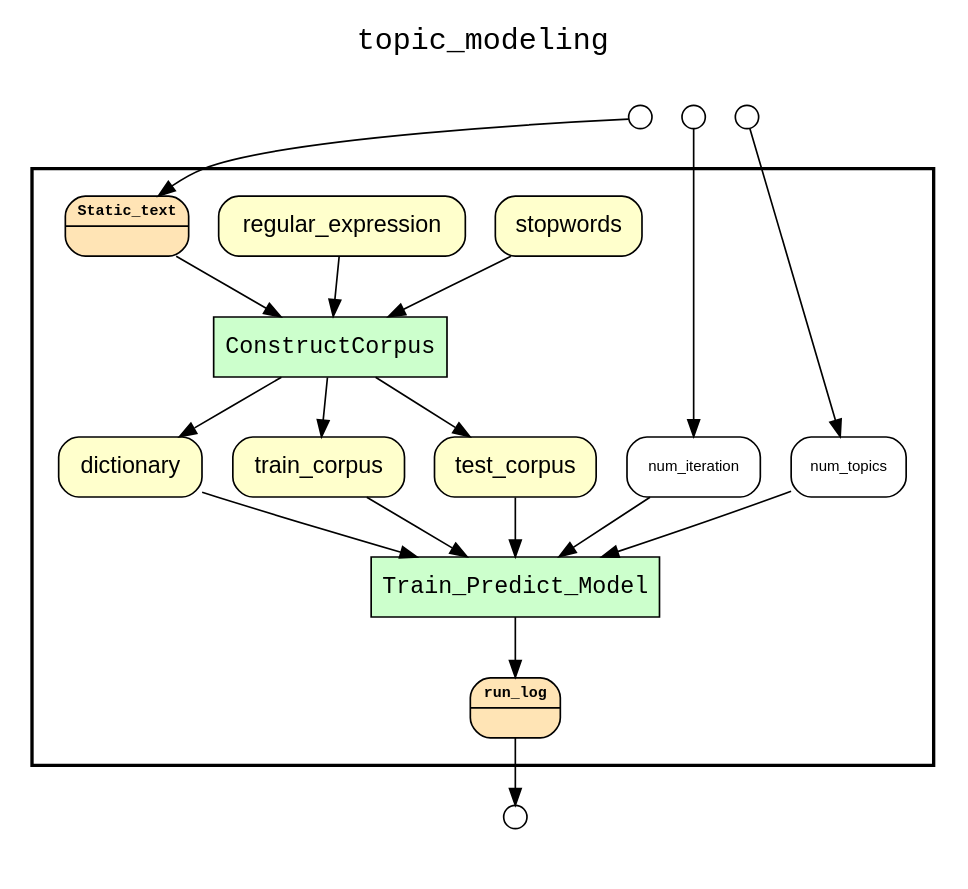
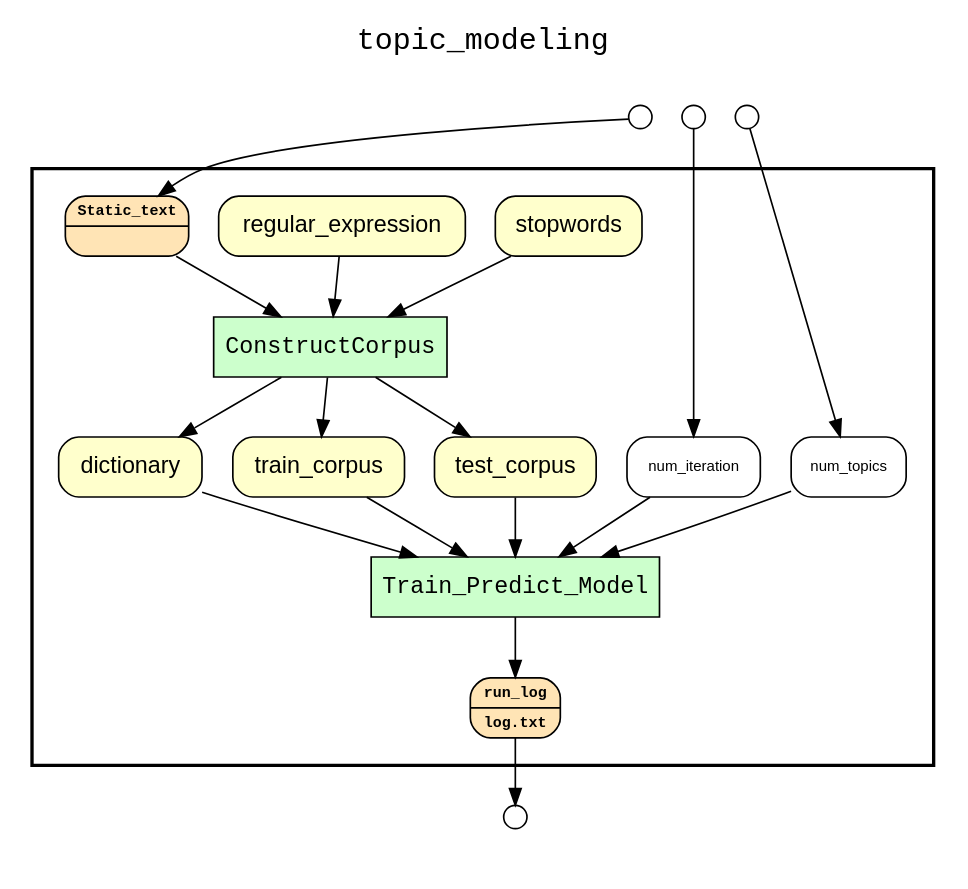
Before and after one commit to LanLi2017/yw-text-mining: the diagram in text_mining/topic_modeling/results/wf_recon_upstream_of_run_log.gv, drawn with Graphviz. The commit also changed 30 other files, not shown here.

```diff
--- a/text_mining/topic_modeling/results/wf_recon_upstream_of_run_log.gv
+++ b/text_mining/topic_modeling/results/wf_recon_upstream_of_run_log.gv
@@ -1,56 +1,56 @@
 
 digraph yw_data_view {
 rankdir=TB
 fontname=Courier; fontsize=18; labelloc=t
 label="topic_modeling"
 subgraph cluster_workflow { label=""; color=black; penwidth=2
 subgraph cluster_workflow_inner { label=""; color=white
 node[shape=box style="filled" fillcolor="#CCFFCC" peripheries=1 fontname=Courier]
 ConstructCorpus
 Train_Predict_Model
 node[shape=box style="filled" fillcolor="#CCFFCC" peripheries=1 fontname=Courier]
 ConstructCorpus
 Train_Predict_Model
 node[shape=box style="rounded,filled" fillcolor="#FFFFCC" peripheries=1 fontname=Helvetica]
 stopwords
 regular_expression
 dictionary
 train_corpus
 test_corpus
 node[shape=box style="rounded,filled" fillcolor="#FFE4B5" peripheries=1 fontname="Courier-Bold" fontsize=9]
 Static_text[shape=record rankdir=LR label="{<f0> Static_text |<f1>}"]
 node[shape=box style="rounded,filled" fillcolor="#FFE4B5" peripheries=1 fontname="Courier-Bold" fontsize=9]
-run_log[shape=record rankdir=LR label="{<f0> run_log |<f1>}"]
+run_log[shape=record rankdir=LR label="{<f0> run_log |<f1>log.txt\l}"]
 node[shape=box style="rounded,filled" fillcolor="#FFFFFF" peripheries=1 fontname=Helvetica]
 num_iteration
 num_topics
 }}
 subgraph cluster_inflows { label=""; color=white; penwidth=2
 subgraph cluster_inflows_inner { label=""; color=white
 node[shape=circle fillcolor="#FFFFFF" peripheries=1 width=0.2]
 Static_text_inflow [label=""]
 num_iteration_inflow [label=""]
 num_topics_inflow [label=""]
 }}
 subgraph cluster_outflows { label=""; color=white; penwidth=2
 subgraph cluster_outflows_inner { label=""; color=white
 node[shape=circle fillcolor="#FFFFFF" peripheries=1 width=0.2]
 run_log_outflow [label=""]
 }}
 num_topics -> Train_Predict_Model
 num_iteration -> Train_Predict_Model
 test_corpus -> Train_Predict_Model
 train_corpus -> Train_Predict_Model
 dictionary -> Train_Predict_Model
 regular_expression -> ConstructCorpus
 stopwords -> ConstructCorpus
 Static_text -> ConstructCorpus
 ConstructCorpus -> dictionary
 ConstructCorpus -> train_corpus
 ConstructCorpus -> test_corpus
 Train_Predict_Model -> run_log
 Static_text_inflow -> Static_text
 num_iteration_inflow -> num_iteration
 num_topics_inflow -> num_topics
 run_log -> run_log_outflow
 }
```
